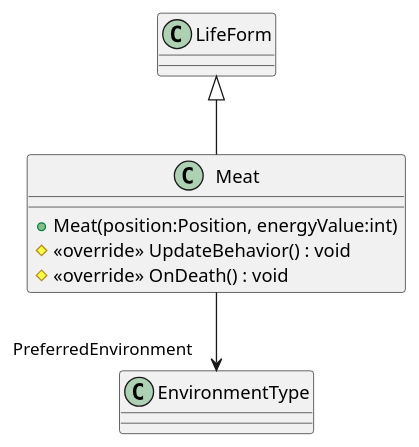
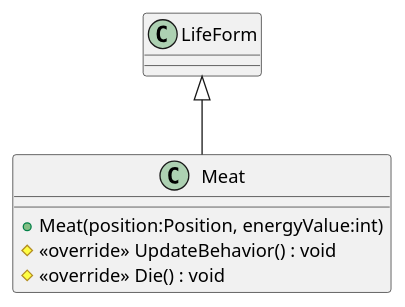
Before and after one commit to I42I/ecosystem: the diagram in plantuml/Models/Entities/Environment/Meat.puml, drawn with PlantUML. The commit also changed 64 other files, not shown here.

Commit message:
plantuml

```diff
--- a/plantuml/Models/Entities/Environment/Meat.puml
+++ b/plantuml/Models/Entities/Environment/Meat.puml
@@ -1,9 +1,8 @@
 @startuml
 class Meat {
     + Meat(position:Position, energyValue:int)
     # <<override>> UpdateBehavior() : void
-    # <<override>> OnDeath() : void
+    # <<override>> Die() : void
 }
 LifeForm <|-- Meat
-Meat --> "PreferredEnvironment" EnvironmentType
 @enduml
```
